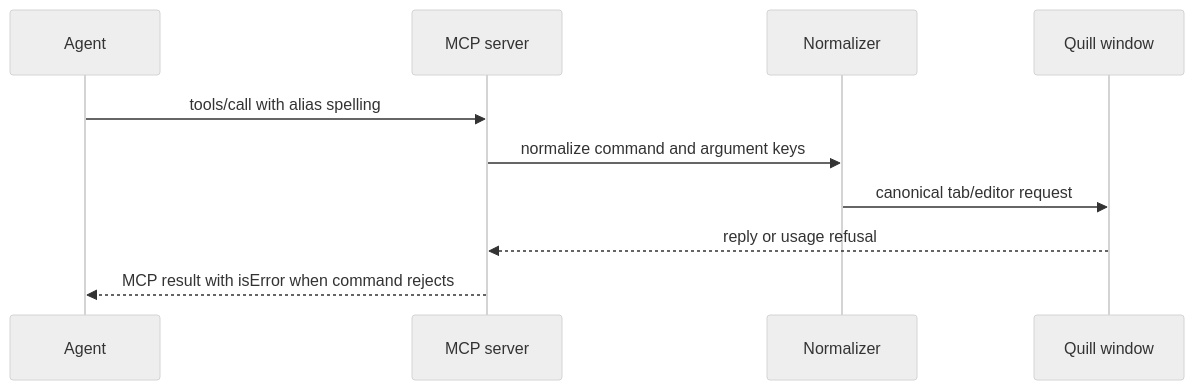
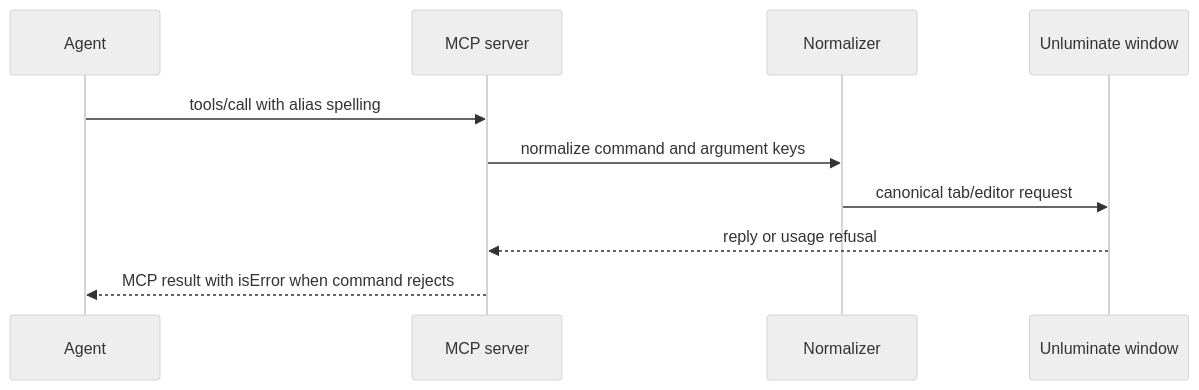
One commit to Black-Rainbow-Labs/Unluminous changed the second of 2 diagrams in tasks/task-1703-mcp-aliases-tdd.md. Above: the diagram before and after it, drawn with Mermaid (neutral theme). The commit also changed other lines of this file and 1291 other files, not shown here.

First line of the commit message:
task-1800: rename Quill to Unluminate

````diff
--- a/tasks/task-1703-mcp-aliases-tdd.md
+++ b/tasks/task-1703-mcp-aliases-tdd.md
@@ -78,12 +78,12 @@
 ```mermaid
 sequenceDiagram
     participant A as Agent
     participant S as MCP server
     participant N as Normalizer
-    participant Q as Quill window
+    participant Q as Unluminate window
     A->>S: tools/call with alias spelling
     S->>N: normalize command and argument keys
     N->>Q: canonical tab/editor request
     Q-->>S: reply or usage refusal
     S-->>A: MCP result with isError when command rejects
 ```
````
